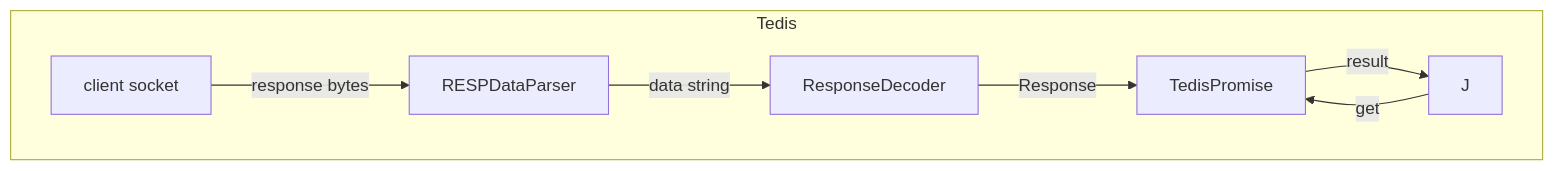
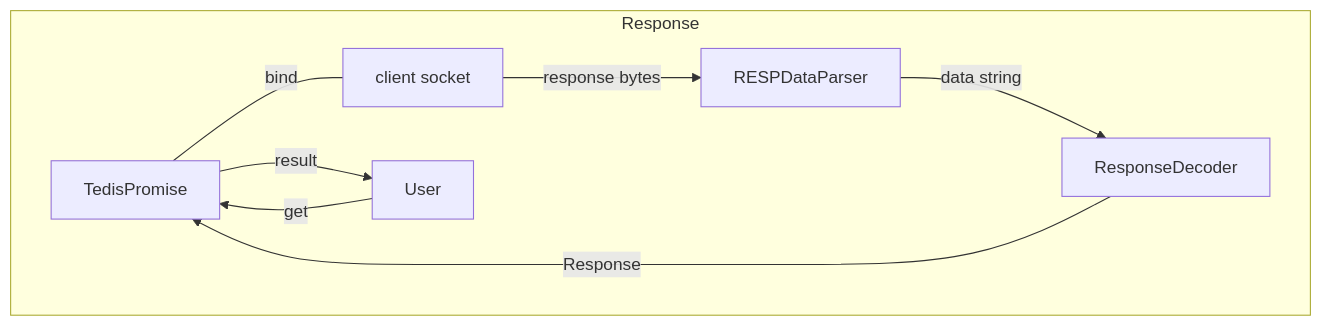
Before and after one commit to innun/Tedis: the second of 2 diagrams in doc/TedisDoc.md, drawn with Mermaid. The commit also changed other lines of this file and 27 other files, not shown here.

````diff
--- a/doc/TedisDoc.md
+++ b/doc/TedisDoc.md
@@ -115,10 +65,11 @@
 ```mermaid
 graph TD   
-   subgraph Tedis
+   subgraph Response
+   I --bind--- F
    F[client socket] --response bytes-->G[RESPDataParser]
    G --data string--> H[ResponseDecoder]
    H --Response--> I[TedisPromise]
+   I --result--> J[User]
    J --get--> I
-   I --result--> J
    end
 ```
````
